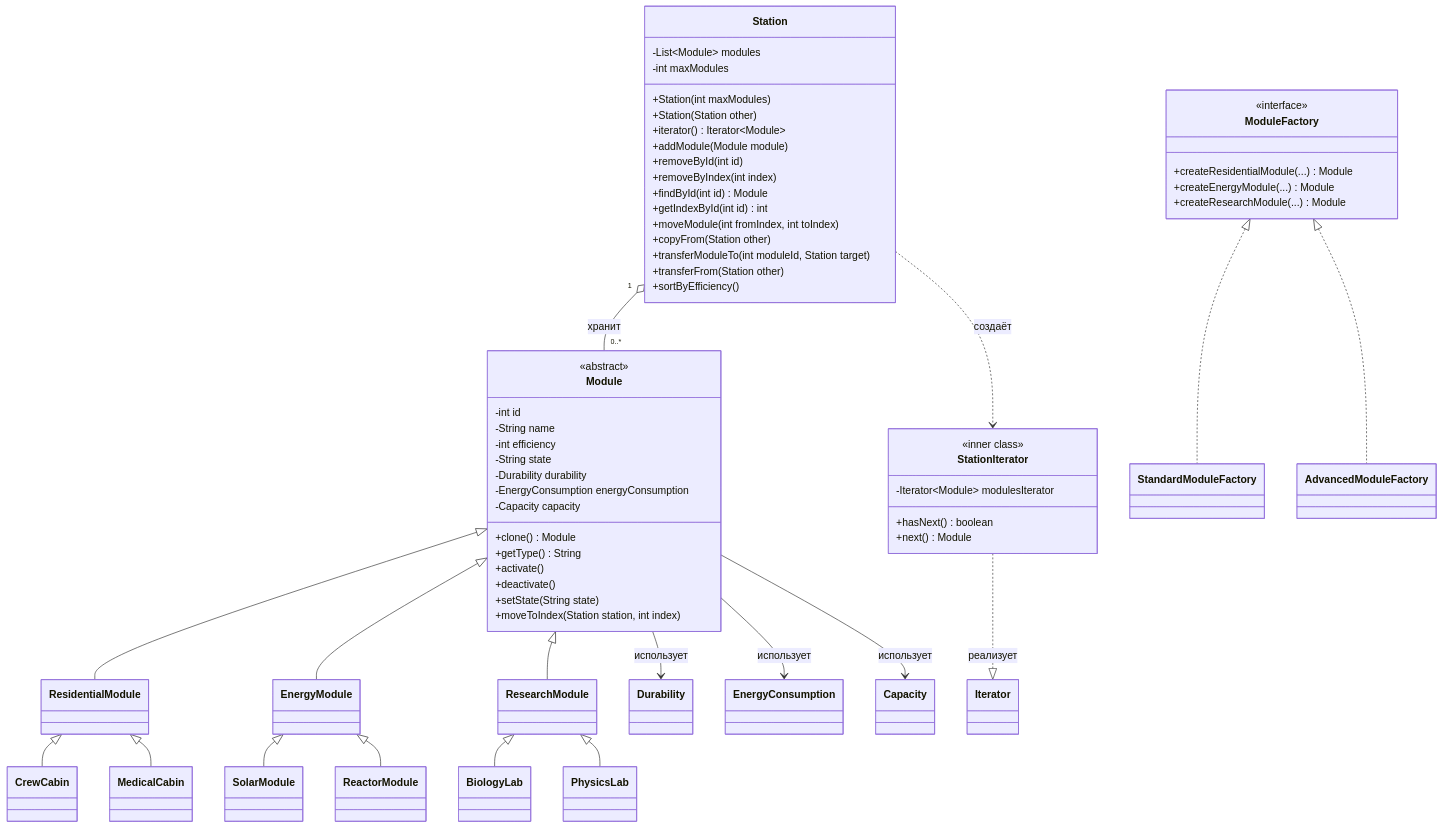
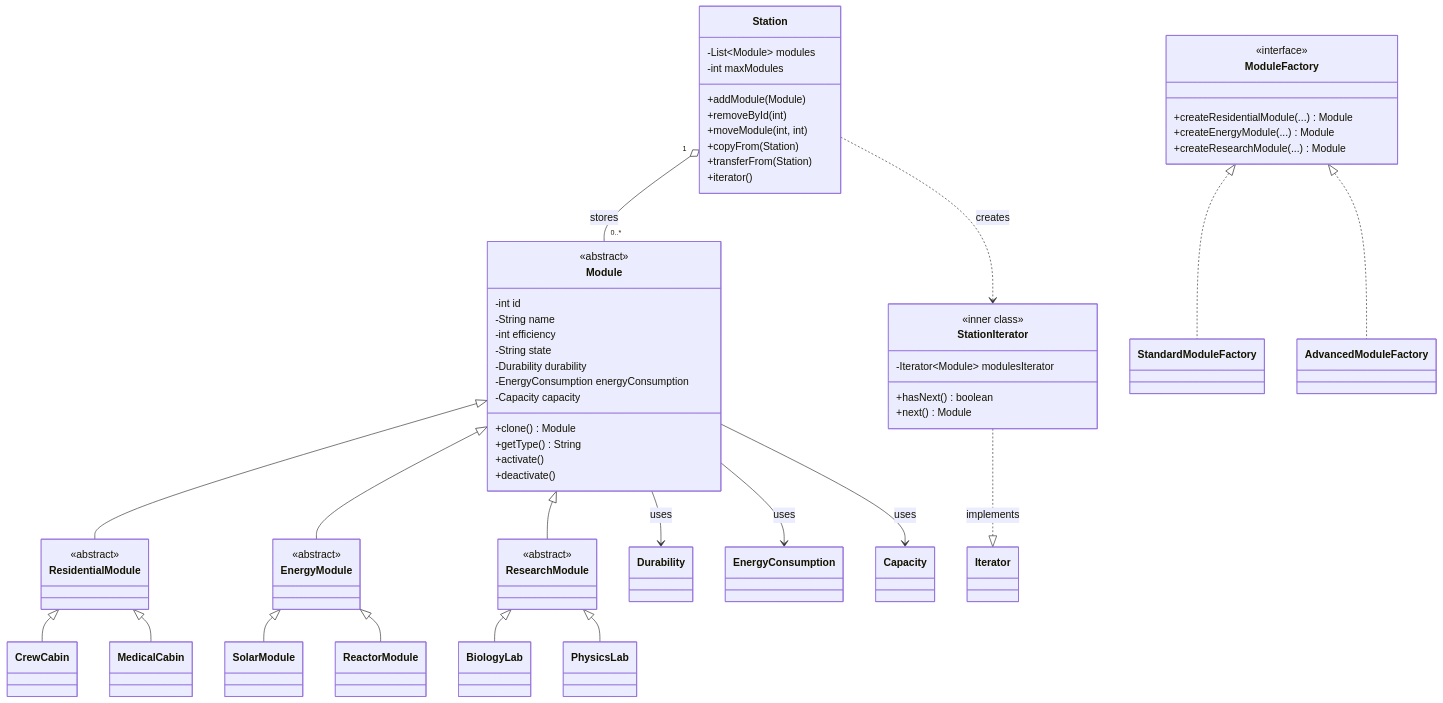
One commit to Arunello/ultra-space-station changed the diagram in UML.md. Above: the diagram before and after it, drawn with Mermaid.

````diff
--- a/UML.md
+++ b/UML.md
@@ -3,19 +3,12 @@
     class Station {
         -List~Module~ modules
         -int maxModules
-        +Station(int maxModules)
-        +Station(Station other)
-        +iterator() Iterator~Module~
-        +addModule(Module module)
-        +removeById(int id)
-        +removeByIndex(int index)
-        +findById(int id) Module
-        +getIndexById(int id) int
-        +moveModule(int fromIndex, int toIndex)
-        +copyFrom(Station other)
-        +transferModuleTo(int moduleId, Station target)
-        +transferFrom(Station other)
-        +sortByEfficiency()
+        +addModule(Module)
+        +removeById(int)
+        +moveModule(int, int)
+        +copyFrom(Station)
+        +transferFrom(Station)
+        +iterator()
     }
 
     class Module {
@@ -31,13 +24,19 @@
         +getType() String
         +activate()
         +deactivate()
-        +setState(String state)
-        +moveToIndex(Station station, int index)
     }
 
-    class ResidentialModule
-    class EnergyModule
-    class ResearchModule
+    class ResidentialModule {
+        <<abstract>>
+    }
+
+    class EnergyModule {
+        <<abstract>>
+    }
+
+    class ResearchModule {
+        <<abstract>>
+    }
 
     class CrewCabin
     class MedicalCabin
@@ -81,10 +80,11 @@
     ModuleFactory <|.. StandardModuleFactory
     ModuleFactory <|.. AdvancedModuleFactory
 
-    Station "1" o-- "0..*" Module : хранит
-    Module --> Durability : использует
-    Module --> EnergyConsumption : использует
-    Module --> Capacity : использует
-    Station ..> StationIterator : создаёт
-    StationIterator ..|> Iterator : реализует
+    Station "1" o-- "0..*" Module : stores
+    Module --> Durability : uses
+    Module --> EnergyConsumption : uses
+    Module --> Capacity : uses
+
+    Station ..> StationIterator : creates
+    StationIterator ..|> Iterator : implements
 ```
````
